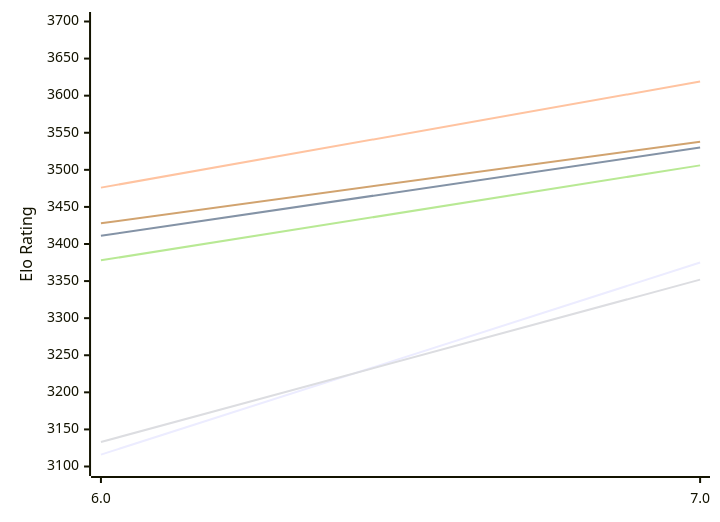
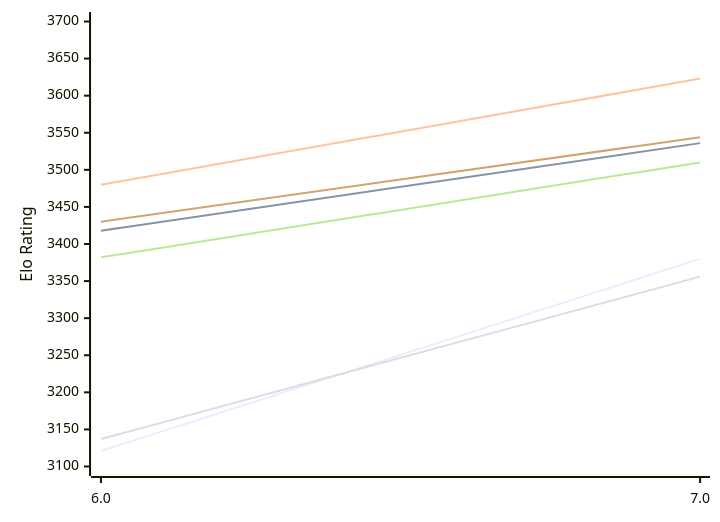
One commit to computer-chess-index/cci changed the first of 2 diagrams in engines/Devre.md. Above: the diagram before and after it, drawn with Mermaid. The commit also changed other lines of this file, not shown here.

Commit message:
Update CCI Ratings (ELO VLTC) - 2026-11-20

````diff
--- a/engines/Devre.md
+++ b/engines/Devre.md
@@ -50,12 +50,12 @@
 ```mermaid
 %%{init: {"theme":"base","themeVariables":{"seriesColors:['#a3a3a3','#222221','#faa371']}}}%%
 xychart-beta
   x-axis ["6.0", "7.0"]
   y-axis "Elo Rating" 3100 --> 3700
-  line "E1: STC (8.0+0.08s)" [3116, 3375]
-  line "E1: LTC (60.0+0.60s)" [3411, 3530]
-  line "E1: VLTC (2m24s+1.12s)" [3476, 3619]
-  line "P1: STC (8.0+0.08s)" [3133, 3352]
-  line "P1: LTC (60.0+0.60s)" [3378, 3506]
-  line "P1: VLTC (2m24s+1.12s)" [3428, 3538]
+  line "E1: STC (8.0+0.08s)" [3121, 3380]
+  line "E1: LTC (60.0+0.60s)" [3418, 3536]
+  line "E1: VLTC (2m24s+1.12s)" [3480, 3623]
+  line "P1: STC (8.0+0.08s)" [3137, 3356]
+  line "P1: LTC (60.0+0.60s)" [3382, 3510]
+  line "P1: VLTC (2m24s+1.12s)" [3430, 3544]
 ```
````
